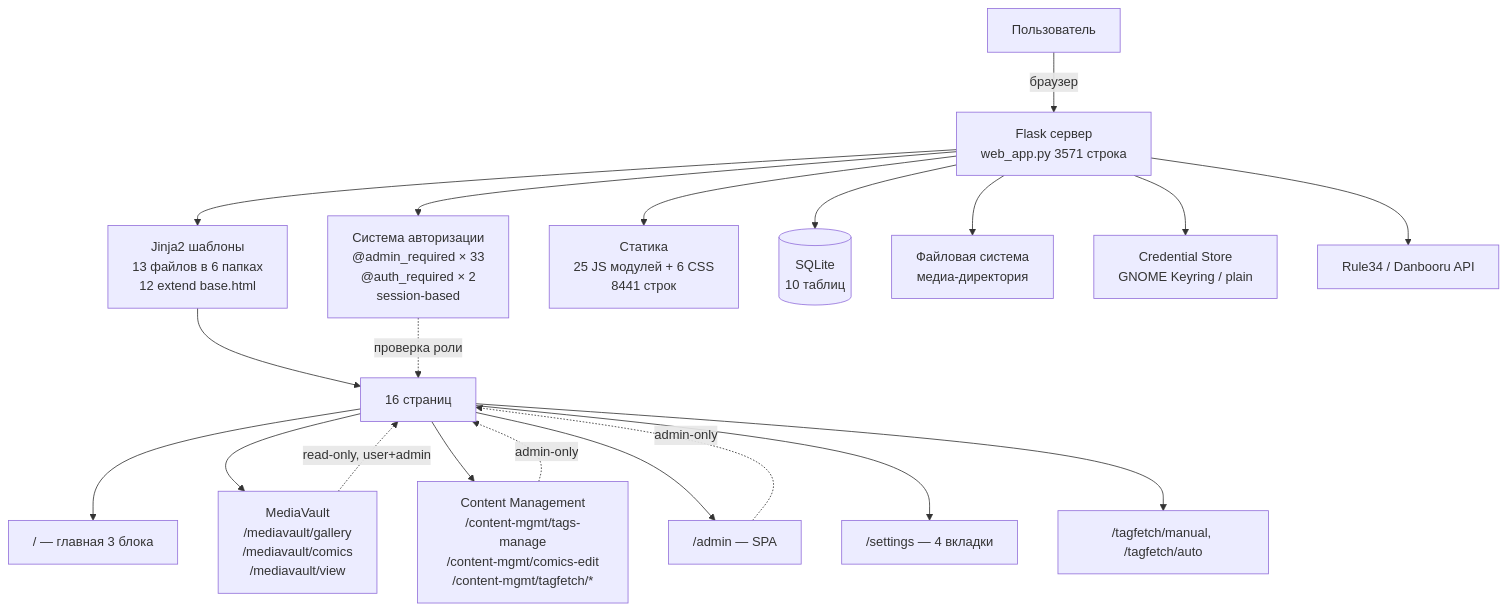
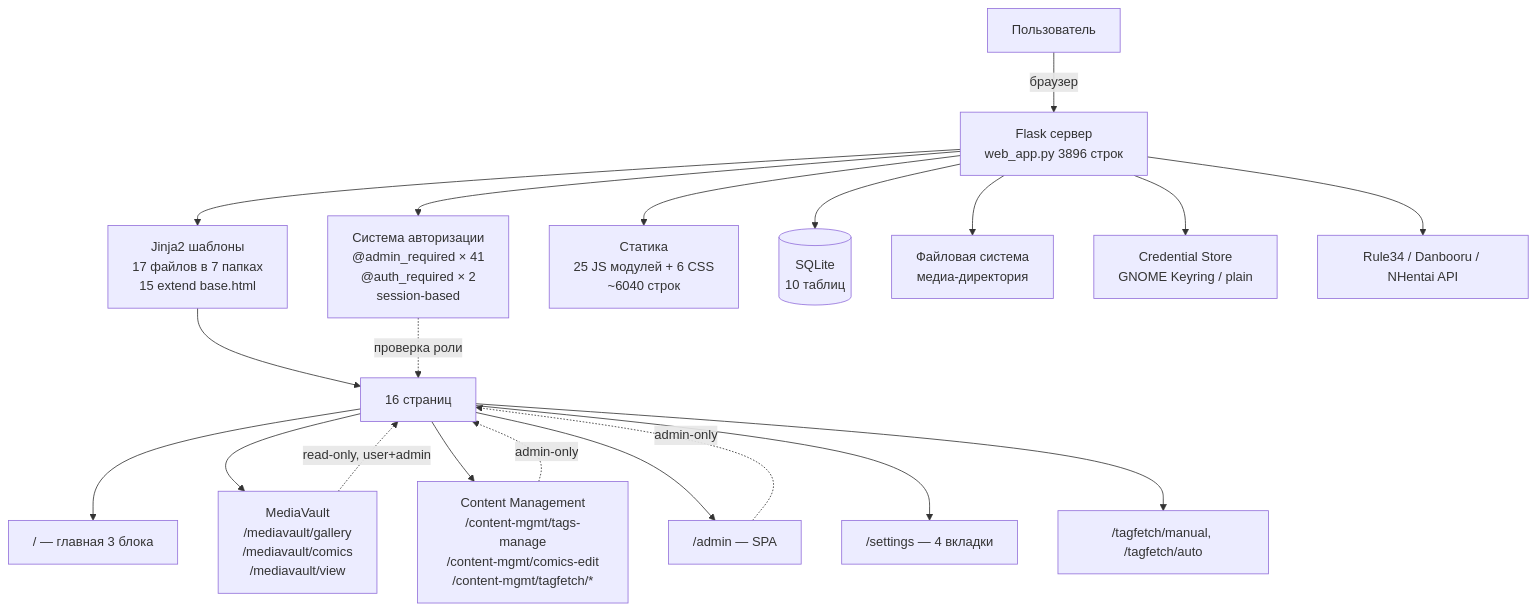
The first of 13 diagrams in docs/code-guide.md (levpr1c/MediaVault), drawn with Mermaid before and after one commit. The commit also changed other lines of this file and 11 other files, not shown here.

````diff
--- a/docs/code-guide.md
+++ b/docs/code-guide.md
@@ -55,26 +51,26 @@
 ```mermaid
 flowchart TD
-    User[Пользователь] -->|браузер| Flask[Flask сервер<br/>web_app.py 3571 строка]
+    User[Пользователь] -->|браузер| Flask[Flask сервер<br/>web_app.py 3896 строк]
     
-    Flask --> Auth[Система авторизации<br/>@admin_required × 33<br/>@auth_required × 2<br/>session-based]
-    Flask --> Tpl[Jinja2 шаблоны<br/>13 файлов в 6 папках<br/>12 extend base.html]
-    Flask --> Static[Статика<br/>25 JS модулей + 6 CSS<br/>8441 строк]
+    Flask --> Auth[Система авторизации<br/>@admin_required × 41<br/>@auth_required × 2<br/>session-based]
+    Flask --> Tpl[Jinja2 шаблоны<br/>17 файлов в 7 папках<br/>15 extend base.html]
+    Flask --> Static[Статика<br/>25 JS модулей + 6 CSS<br/>~6040 строк]
     Flask --> DB[(SQLite<br/>10 таблиц)]
     Flask --> FS[Файловая система<br/>медиа-директория]
     Flask --> Cred[Credential Store<br/>GNOME Keyring / plain]
-    Flask --> API[Rule34 / Danbooru API]
+    Flask --> API[Rule34 / Danbooru / NHentai API]
 
     Tpl --> Pages[16 страниц]
     Pages --> Home["/ — главная 3 блока"]
     Pages --> MV[MediaVault<br/>/mediavault/gallery<br/>/mediavault/comics<br/>/mediavault/view]
     Pages --> CM[Content Management<br/>/content-mgmt/tags-manage<br/>/content-mgmt/comics-edit<br/>/content-mgmt/tagfetch/*]
     Pages --> Admin["/admin — SPA"]
     Pages --> Settings["/settings — 4 вкладки"]
     Pages --> TF["/tagfetch/manual, /tagfetch/auto"]
     
     MV -.->|read-only, user+admin| Pages
     CM -.->|admin-only| Pages
     Admin -.->|admin-only| Pages
     
     Auth -.->|проверка роли| Pages
 ```
````
